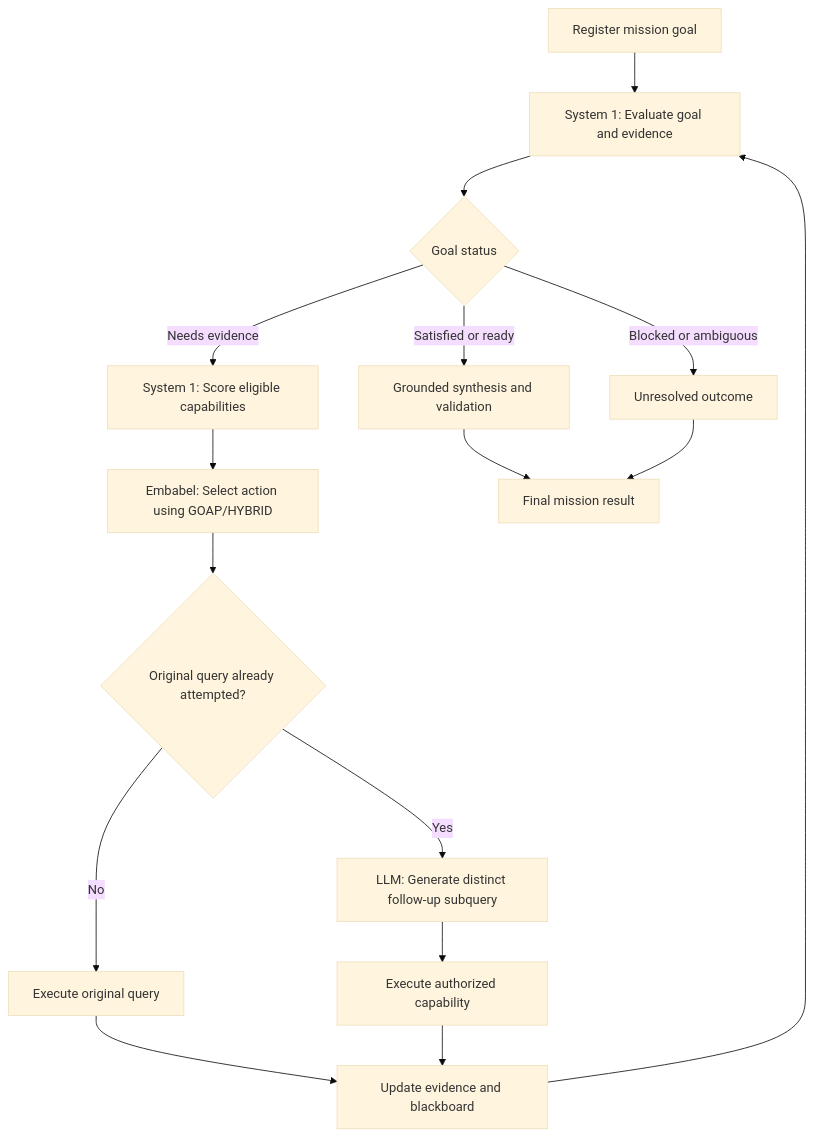
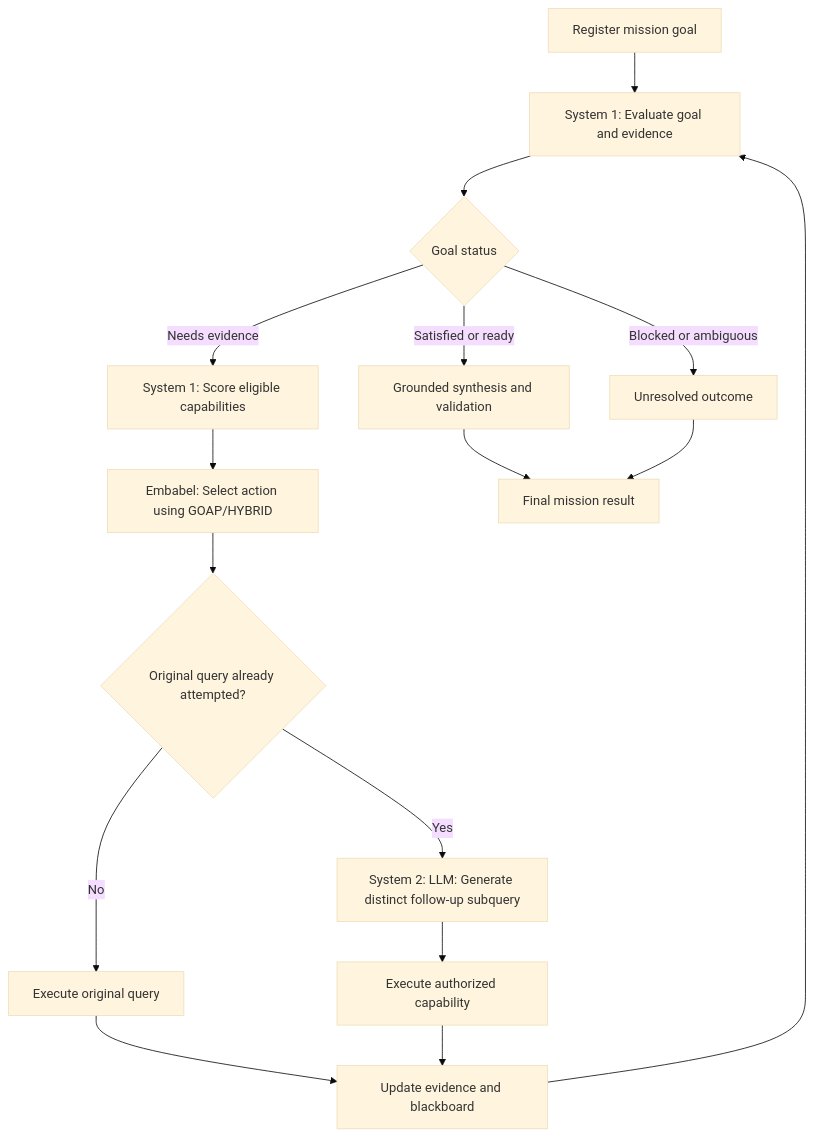
Before and after one commit to hashedgrey/Sparrow-x: the second of 2 diagrams in README.md, drawn with Mermaid (base theme).

Commit message:
docs(readme): align architecture and features with latest SparrowX implementation

````diff
--- a/README.md
+++ b/README.md
@@ -80,18 +80,18 @@
 ```mermaid
 flowchart TD
     A[Register mission goal] --> B[System 1: Evaluate goal and evidence]
     B --> C{Goal status}
     C -->|Needs evidence| D[System 1: Score eligible capabilities]
     D --> E[Embabel: Select action using GOAP/HYBRID]
     E --> F{Original query already attempted?}
     F -->|No| G[Execute original query]
-    F -->|Yes| H[LLM: Generate distinct follow-up subquery]
+    F -->|Yes| H[System 2: LLM: Generate distinct follow-up subquery]
     H --> I[Execute authorized capability]
     G --> J[Update evidence and blackboard]
     I --> J
     J --> B
     C -->|Satisfied or ready| K[Grounded synthesis and validation]
     C -->|Blocked or ambiguous| L[Unresolved outcome]
     K --> M[Final mission result]
     L --> M
 ```
````
